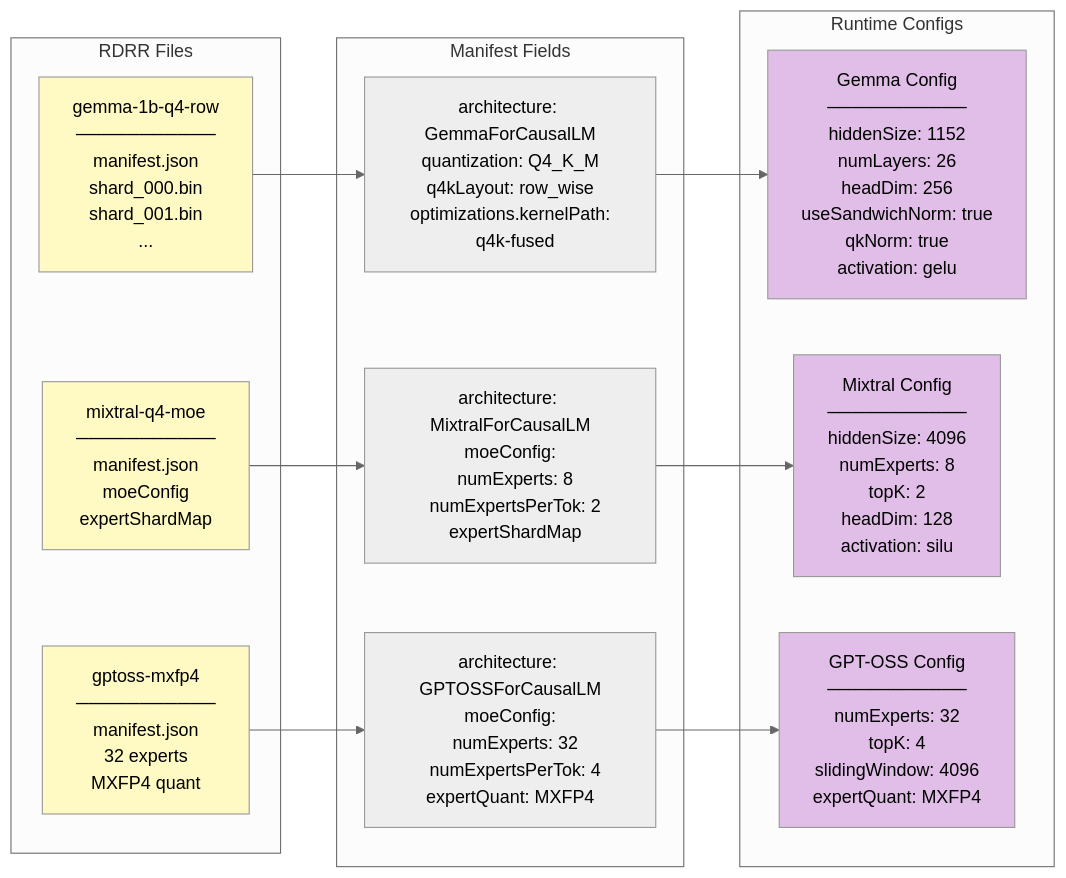
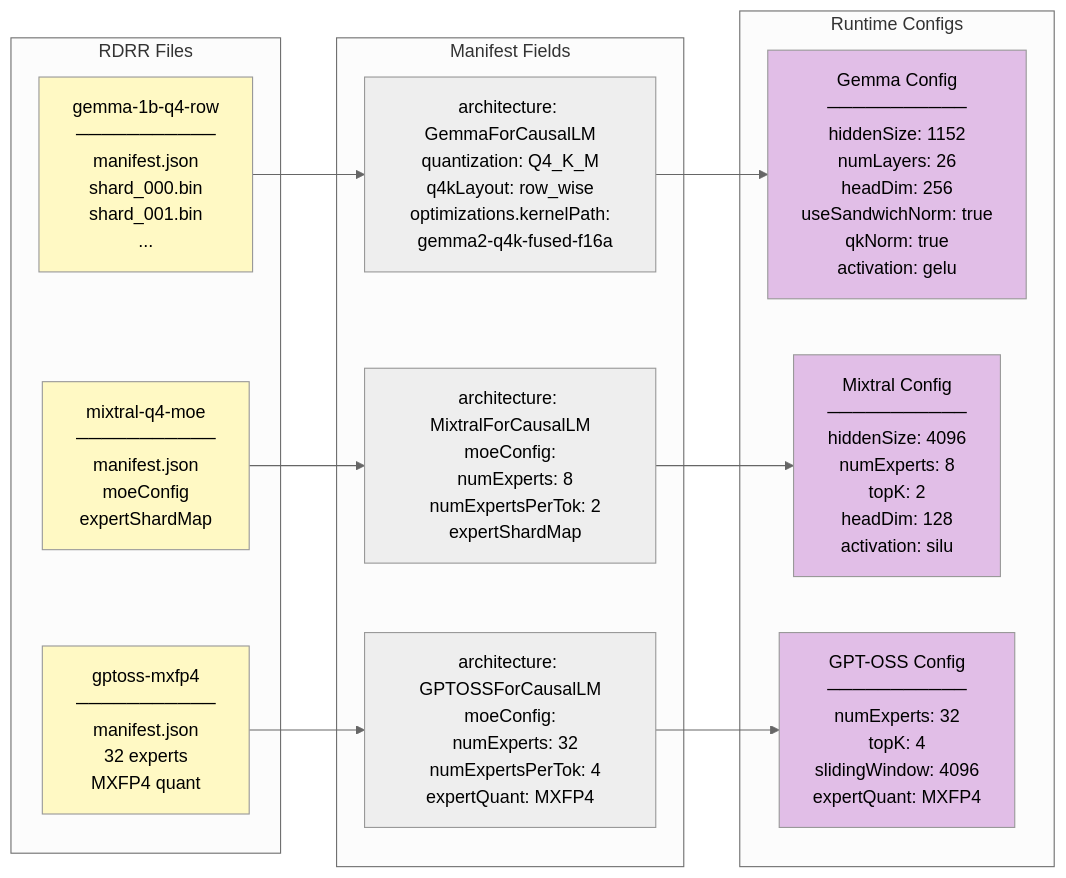
One commit to clocksmith/doppler changed the third of 11 diagrams in docs/SYSTEM_FLOW.md. Above: the diagram before and after it, drawn with Mermaid (neutral theme). The commit also changed other lines of this file and 157 other files, not shown here.

````diff
--- a/docs/SYSTEM_FLOW.md
+++ b/docs/SYSTEM_FLOW.md
@@ -94,31 +94,31 @@
 ```mermaid
 graph LR
     subgraph RDRRFiles["RDRR Files"]
         R1["gemma-1b-q4-row<br/>───────────<br/>manifest.json<br/>shard_000.bin<br/>shard_001.bin<br/>..."]
         R5["mixtral-q4-moe<br/>───────────<br/>manifest.json<br/>moeConfig<br/>expertShardMap"]
         R7["gptoss-mxfp4<br/>───────────<br/>manifest.json<br/>32 experts<br/>MXFP4 quant"]
     end
 
     subgraph ManifestFields["Manifest Fields"]
-        F1["architecture: GemmaForCausalLM<br/>quantization: Q4_K_M<br/>q4kLayout: row_wise<br/>optimizations.kernelPath:<br/>&nbsp;&nbsp;q4k-fused"]
+        F1["architecture: GemmaForCausalLM<br/>quantization: Q4_K_M<br/>q4kLayout: row_wise<br/>optimizations.kernelPath:<br/>&nbsp;&nbsp;gemma2-q4k-fused-f16a"]
         F2["architecture: MixtralForCausalLM<br/>moeConfig:<br/>&nbsp;&nbsp;numExperts: 8<br/>&nbsp;&nbsp;numExpertsPerTok: 2<br/>&nbsp;&nbsp;expertShardMap"]
         F3["architecture: GPTOSSForCausalLM<br/>moeConfig:<br/>&nbsp;&nbsp;numExperts: 32<br/>&nbsp;&nbsp;numExpertsPerTok: 4<br/>expertQuant: MXFP4"]
     end
 
     subgraph Configs["Runtime Configs"]
         C1["Gemma Config<br/>───────────<br/>hiddenSize: 1152<br/>numLayers: 26<br/>headDim: 256<br/>useSandwichNorm: true<br/>qkNorm: true<br/>activation: gelu"]
         C2["Mixtral Config<br/>───────────<br/>hiddenSize: 4096<br/>numExperts: 8<br/>topK: 2<br/>headDim: 128<br/>activation: silu"]
         C3["GPT-OSS Config<br/>───────────<br/>numExperts: 32<br/>topK: 4<br/>slidingWindow: 4096<br/>expertQuant: MXFP4"]
     end
 
     R1 --> F1 --> C1
     R5 --> F2 --> C2
     R7 --> F3 --> C3
 
     style R1 fill:#fff9c4
     style R5 fill:#fff9c4
     style R7 fill:#fff9c4
     style C1 fill:#e1bee7
     style C2 fill:#e1bee7
     style C3 fill:#e1bee7
 ```
````
